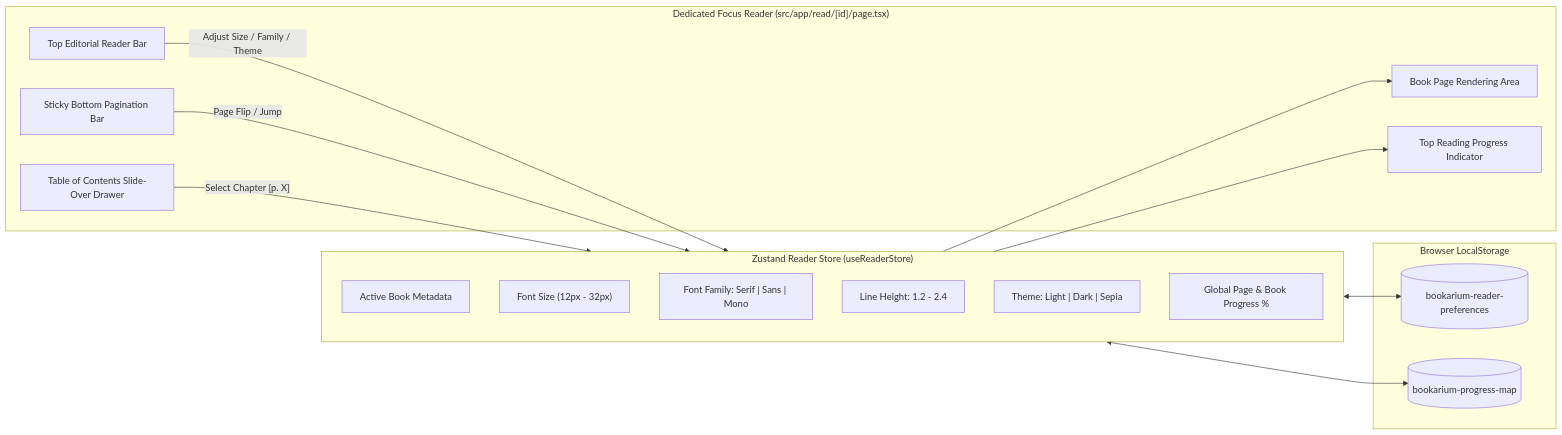
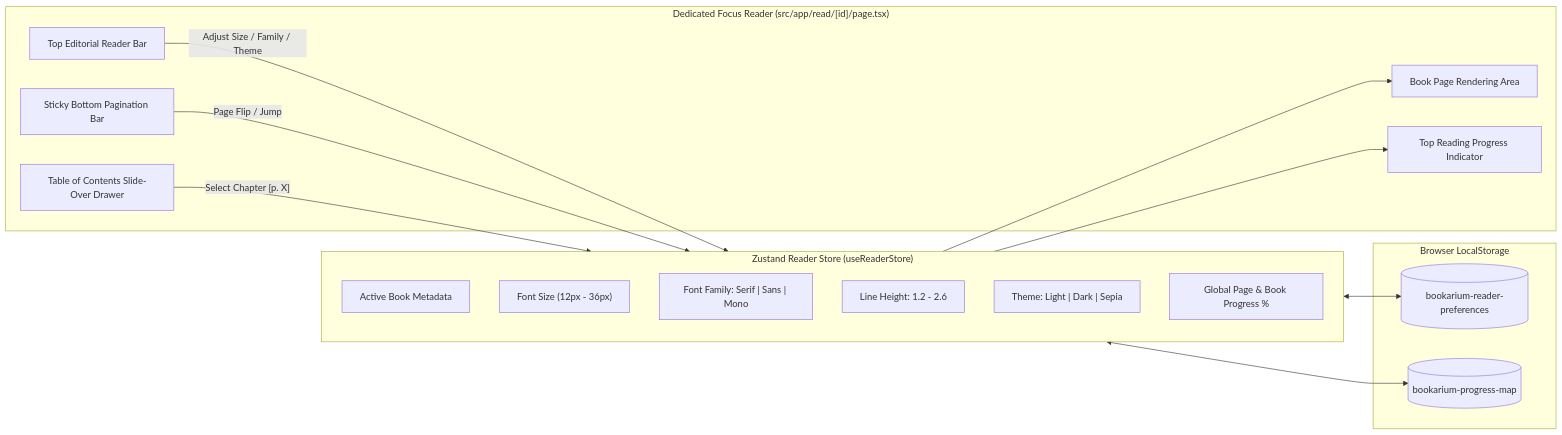
One commit to calin-m/Bookarium changed the second of 2 diagrams in README.md. Above: the diagram before and after it, drawn with Mermaid. The commit also changed other lines of this file and 32 other files, not shown here.

````diff
--- a/README.md
+++ b/README.md
@@ -136,32 +136,32 @@
 ```mermaid
 flowchart LR
     subgraph ReaderState ["Zustand Reader Store (useReaderStore)"]
         ActiveBook["Active Book Metadata"]
-        FontSize["Font Size (12px - 32px)"]
+        FontSize["Font Size (12px - 36px)"]
         FontFamily["Font Family: Serif | Sans | Mono"]
-        LineHeight["Line Height: 1.2 - 2.4"]
+        LineHeight["Line Height: 1.2 - 2.6"]
         Theme["Theme: Light | Dark | Sepia"]
         Progress["Global Page & Book Progress %"]
     end
 
     subgraph ReaderView ["Dedicated Focus Reader (src/app/read/[id]/page.tsx)"]
         Toolbar["Top Editorial Reader Bar"]
         ContentArea["Book Page Rendering Area"]
         ProgressBar["Top Reading Progress Indicator"]
         FooterBar["Sticky Bottom Pagination Bar"]
         TOC["Table of Contents Slide-Over Drawer"]
     end
 
     subgraph Persistence ["Browser LocalStorage"]
         LSState[("bookarium-reader-preferences")]
         LSProgress[("bookarium-progress-map")]
     end
 
     Toolbar -->|Adjust Size / Family / Theme| ReaderState
     ReaderState --> ContentArea
     ReaderState --> ProgressBar
     FooterBar -->|Page Flip / Jump| ReaderState
     TOC -->|"Select Chapter [p. X]"| ReaderState
     ReaderState <--> LSState
     ReaderState <--> LSProgress
 ```
````
